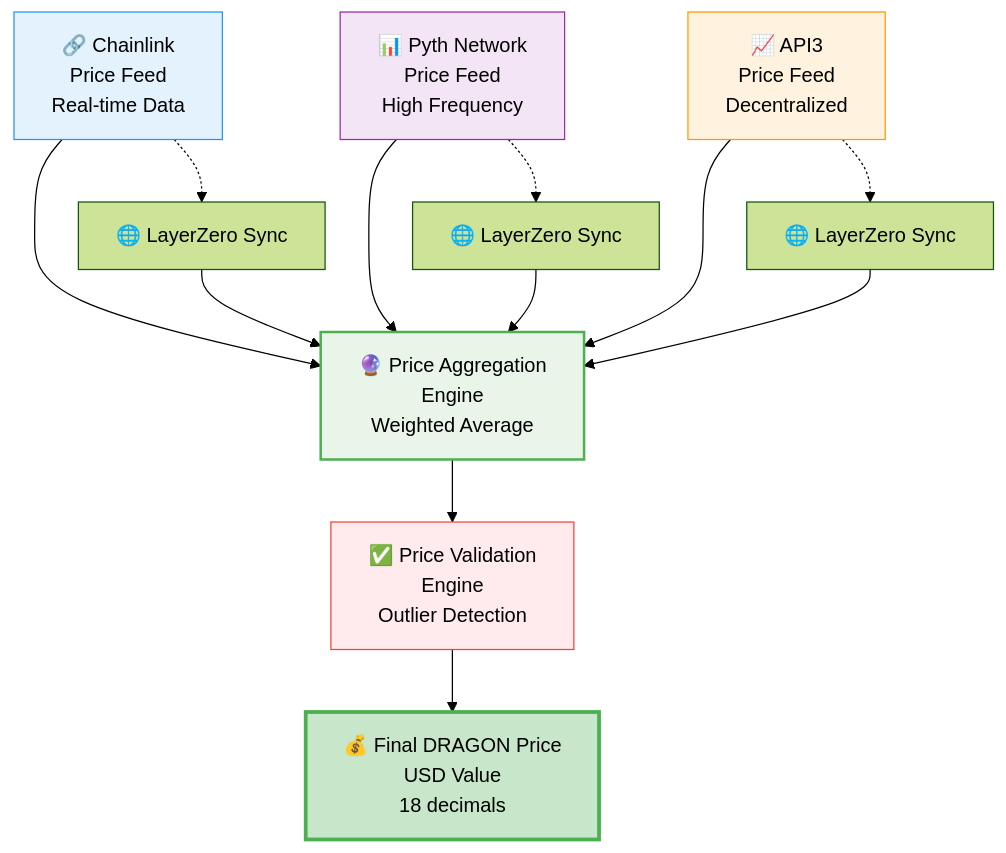
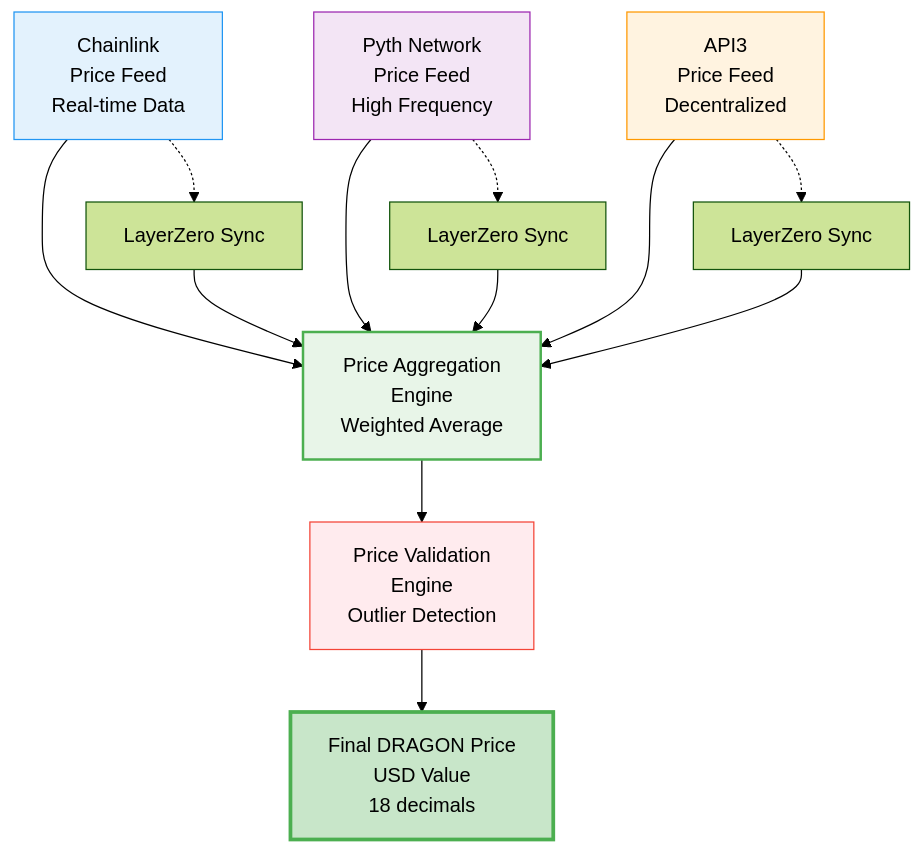
Before and after one commit to omnidragon-io/docs: the seventh of 11 diagrams in docs/diagrams.md, drawn with Mermaid (forest theme). The commit also changed other lines of this file, not shown here.

First line of the commit message:
docs: remove all emojis from Mermaid diagrams for clean, professional appearance

````diff
--- a/docs/diagrams.md
+++ b/docs/diagrams.md
@@ -259,27 +259,27 @@
 ```mermaid
 flowchart TD
-    CL[🔗 Chainlink<br/>Price Feed<br/>Real-time Data] --> AGG
-    PYTH[📊 Pyth Network<br/>Price Feed<br/>High Frequency] --> AGG
-    API3[📈 API3<br/>Price Feed<br/>Decentralized] --> AGG
+    CL[Chainlink<br/>Price Feed<br/>Real-time Data] --> AGG
+    PYTH[Pyth Network<br/>Price Feed<br/>High Frequency] --> AGG
+    API3[API3<br/>Price Feed<br/>Decentralized] --> AGG
 
-    AGG[🔮 Price Aggregation<br/>Engine<br/>Weighted Average] --> VAL
+    AGG[Price Aggregation<br/>Engine<br/>Weighted Average] --> VAL
 
-    VAL[✅ Price Validation<br/>Engine<br/>Outlier Detection] --> FINAL
+    VAL[Price Validation<br/>Engine<br/>Outlier Detection] --> FINAL
 
-    FINAL[💰 Final DRAGON Price<br/>USD Value<br/>18 decimals]
+    FINAL[Final DRAGON Price<br/>USD Value<br/>18 decimals]
 
-    CL -.-> LZ1[🌐 LayerZero Sync]
-    PYTH -.-> LZ2[🌐 LayerZero Sync]
-    API3 -.-> LZ3[🌐 LayerZero Sync]
+    CL -.-> LZ1[LayerZero Sync]
+    PYTH -.-> LZ2[LayerZero Sync]
+    API3 -.-> LZ3[LayerZero Sync]
 
     LZ1 --> AGG
     LZ2 --> AGG
     LZ3 --> AGG
 
     style CL fill:#e3f2fd,stroke:#2196f3
     style PYTH fill:#f3e5f5,stroke:#9c27b0
     style API3 fill:#fff3e0,stroke:#ff9800
     style AGG fill:#e8f5e8,stroke:#4caf50,stroke-width:2px
     style VAL fill:#ffebee,stroke:#f44336
     style FINAL fill:#c8e6c9,stroke:#4caf50,stroke-width:3px
 ```
````
